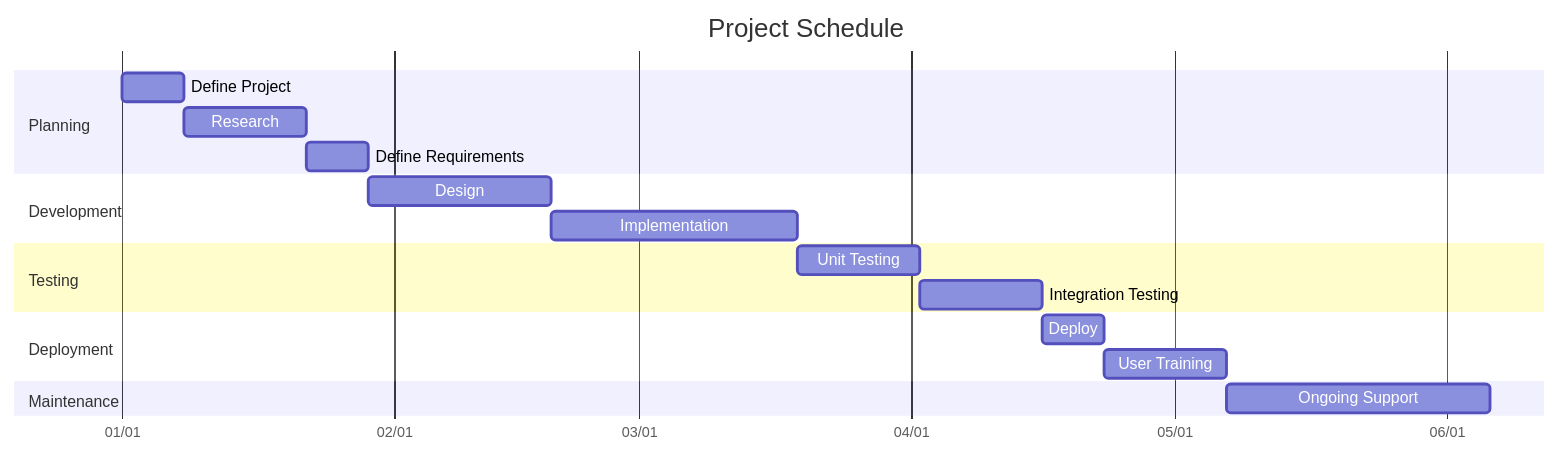
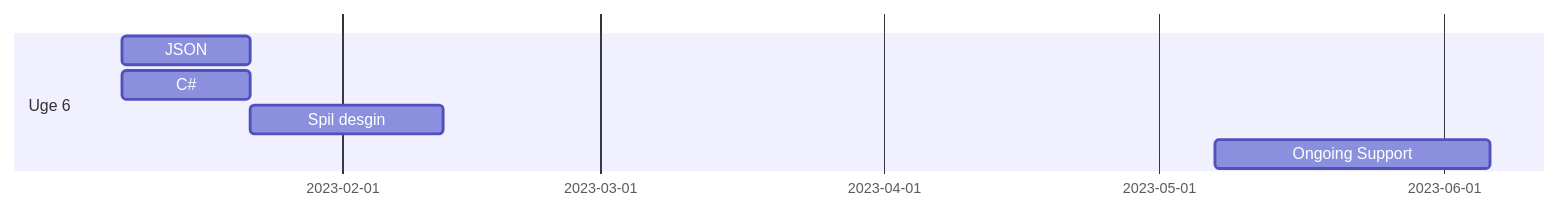
One commit to Napow-git/TEC-P1 changed the diagram in README.md. Above: the diagram before and after it, drawn with Mermaid.

````diff
--- a/README.md
+++ b/README.md
@@ -3,51 +3,17 @@
 ```mermaid
 
 gantt
 
-    title Project Schedule
 
-    dateFormat YYYY-MM-DD
-
-    axisFormat %m/%d
-
- 
-
-    section Planning
-
-    Define Project : 2023-01-01, 7d
-
-    Research : 2023-01-08, 14d
-
-    Define Requirements : 2023-01-22, 7d
-
- 
-
-    section Development
-
-    Design : 2023-01-29, 21d
-
-    Implementation : 2023-02-19, 28d
-
- 
-
-    section Testing
-
-    Unit Testing : 2023-03-19, 14d
-
-    Integration Testing : 2023-04-02, 14d
-
- 
-
-    section Deployment
-
-    Deploy : 2023-04-16, 7d
-
-    User Training : 2023-04-23, 14d
-
- 
-
-    section Maintenance
+        section Uge 6
+    
+        JSON : 2023-01-08, 14d
+    
+        C# : 2023-01-08, 14d
+    
+        Spil desgin : 2023-01-22, 21d
+    
 
     Ongoing Support : 2023-05-07, 30d
 
 ```
````
